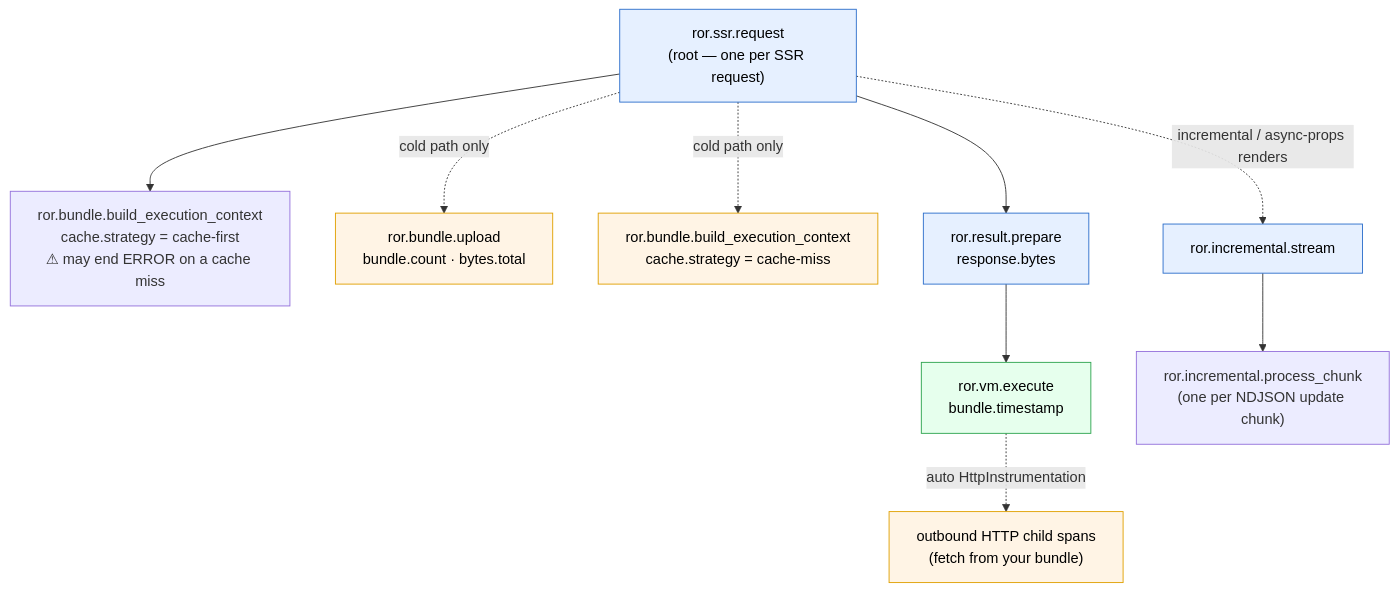
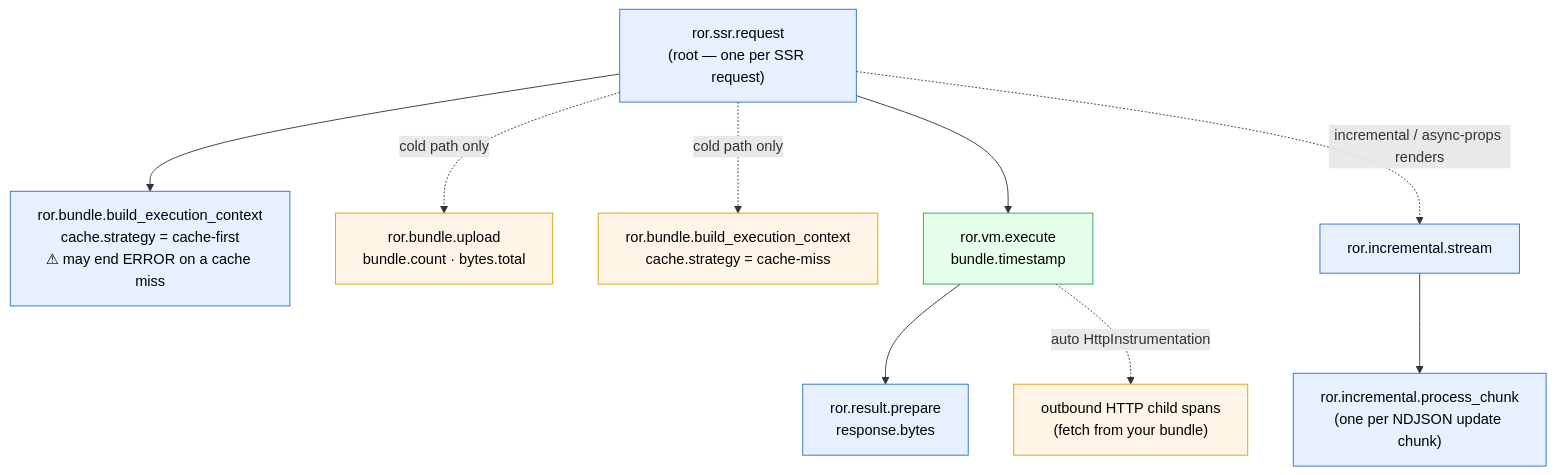
The fifth of 5 diagrams in docs/pro/node-renderer.md (shakacode/react_on_rails), drawn with Mermaid before and after one commit. The commit also changed other lines of this file and 1 other file, not shown here.

````diff
--- a/docs/pro/node-renderer.md
+++ b/docs/pro/node-renderer.md
@@ -406,19 +410,21 @@
 ```mermaid
 flowchart TB
     Root["ror.ssr.request<br/>(root — one per SSR request)"]
     Root --> BEC1["ror.bundle.build_execution_context<br/>cache.strategy = cache-first<br/>⚠ may end ERROR on a cache miss"]
     Root -. "cold path only" .-> Up["ror.bundle.upload<br/>bundle.count · bytes.total"]
     Root -. "cold path only" .-> BEC2["ror.bundle.build_execution_context<br/>cache.strategy = cache-miss"]
-    Root --> Prep["ror.result.prepare<br/>response.bytes"]
-    Prep --> Vm["ror.vm.execute<br/>bundle.timestamp"]
+    Root --> Vm["ror.vm.execute<br/>bundle.timestamp"]
+    Vm --> Prep["ror.result.prepare<br/>response.bytes"]
     Vm -. "auto HttpInstrumentation" .-> Http["outbound HTTP child spans<br/>(fetch from your bundle)"]
     Root -. "incremental / async-props renders" .-> Inc["ror.incremental.stream"]
     Inc --> Chunk["ror.incremental.process_chunk<br/>(one per NDJSON update chunk)"]
     style Root fill:#e6f0ff,stroke:#2c6ecb,color:#000
+    style BEC1 fill:#e6f0ff,stroke:#2c6ecb,color:#000
     style Prep fill:#e6f0ff,stroke:#2c6ecb,color:#000
     style Vm fill:#e6ffed,stroke:#2da44e,color:#000
     style Http fill:#fff4e5,stroke:#e0a000,color:#000
     style Up fill:#fff4e5,stroke:#e0a000,color:#000
     style BEC2 fill:#fff4e5,stroke:#e0a000,color:#000
     style Inc fill:#e6f0ff,stroke:#2c6ecb,color:#000
+    style Chunk fill:#e6f0ff,stroke:#2c6ecb,color:#000
 ```
````
